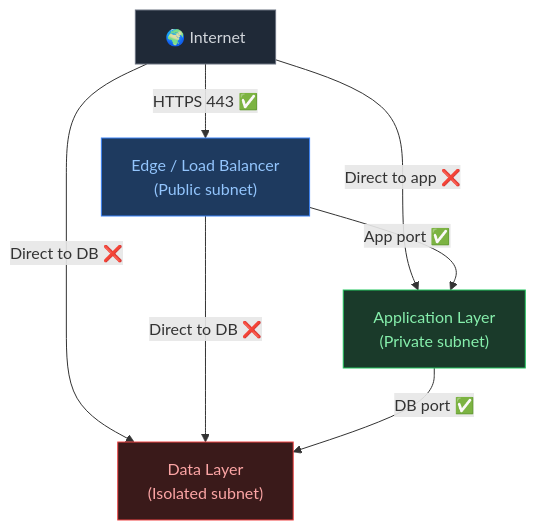
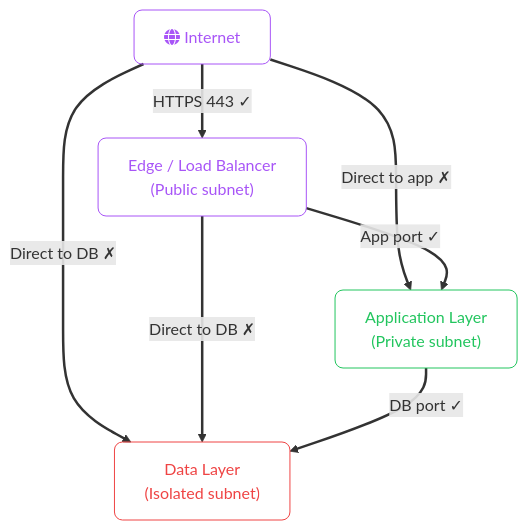
Before and after one commit to zafarale/cloudification: the fourth of 7 diagrams in src/content/cloud/common/security-foundations.mdx, drawn with Mermaid. The commit also changed other lines of this file and 84 other files, not shown here.

````diff
--- a/src/content/cloud/common/security-foundations.mdx
+++ b/src/content/cloud/common/security-foundations.mdx
@@ -131,19 +150,21 @@
 ```mermaid
 flowchart TD
-    Internet["🌍 Internet"]
-    Edge["Edge / Load Balancer\n(Public subnet)"]
-    App["Application Layer\n(Private subnet)"]
-    Data["Data Layer\n(Isolated subnet)"]
+    accTitle: 3. Network Segmentation and Trust Boundaries
+    accDescr: Flowchart (td) showing Internet, Public subnet, Private subnet
+    classDef step fill:none,stroke:#a855f7,color:#a855f7,rx:8,ry:8
+    classDef ok   fill:none,stroke:#22c55e,color:#22c55e,rx:8,ry:8
+    classDef fail fill:none,stroke:#ef4444,color:#ef4444,rx:8,ry:8
+    linkStyle default stroke-width:2.5px
 
-    Internet -->|"HTTPS 443 ✅"| Edge
-    Internet -->|"Direct to app ❌"| App
-    Internet -->|"Direct to DB ❌"| Data
-    Edge -->|"App port ✅"| App
-    Edge -->|"Direct to DB ❌"| Data
-    App -->|"DB port ✅"| Data
+    Internet["fa:fa-globe Internet"]:::step
+    Edge["Edge / Load Balancer<br/>(Public subnet)"]:::step
+    App["Application Layer<br/>(Private subnet)"]:::ok
+    Data["Data Layer<br/>(Isolated subnet)"]:::fail
 
-    style Internet fill:#1f2937,stroke:#6b7280,color:#d1d5db
-    style Edge fill:#1e3a5f,stroke:#3b82f6,color:#93c5fd
-    style App fill:#1a3a2a,stroke:#22c55e,color:#86efac
-    style Data fill:#3a1a1a,stroke:#ef4444,color:#fca5a5
+    Internet -->|"HTTPS 443 ✓"| Edge
+    Internet -->|"Direct to app ✗"| App
+    Internet -->|"Direct to DB ✗"| Data
+    Edge -->|"App port ✓"| App
+    Edge -->|"Direct to DB ✗"| Data
+    App -->|"DB port ✓"| Data
 ```
````
